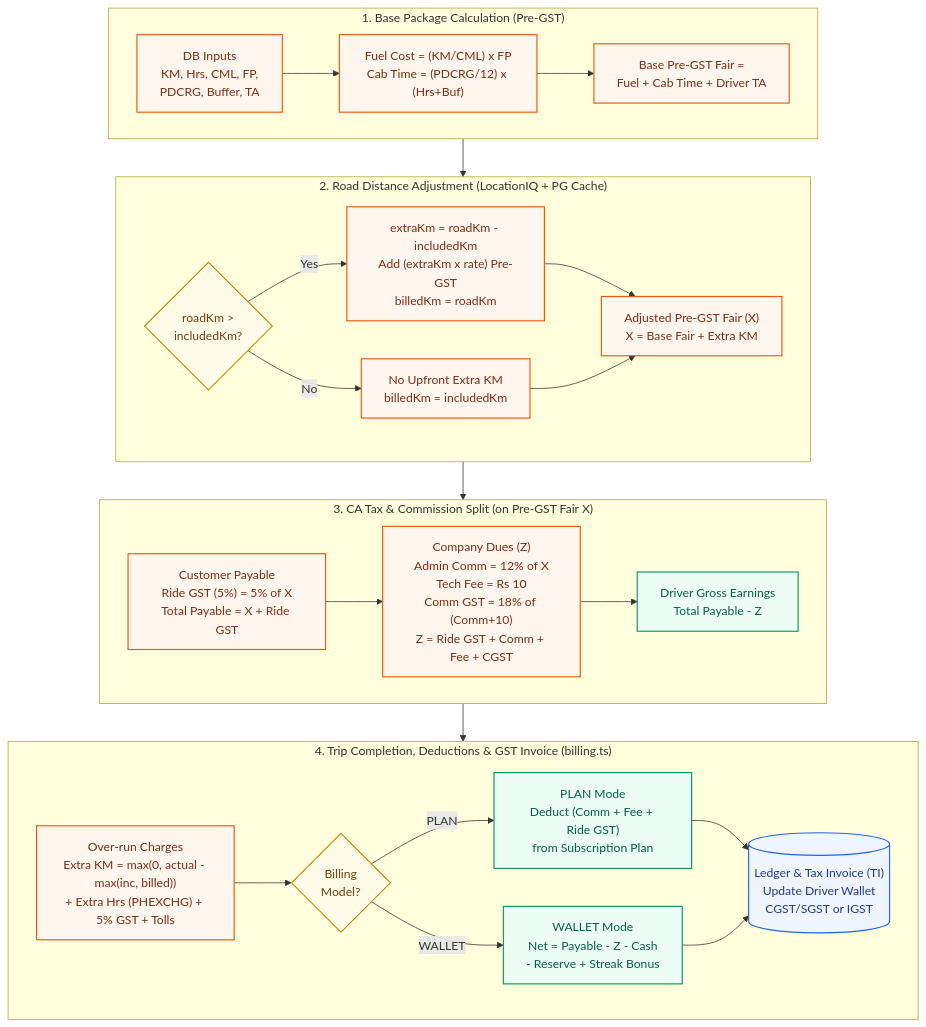
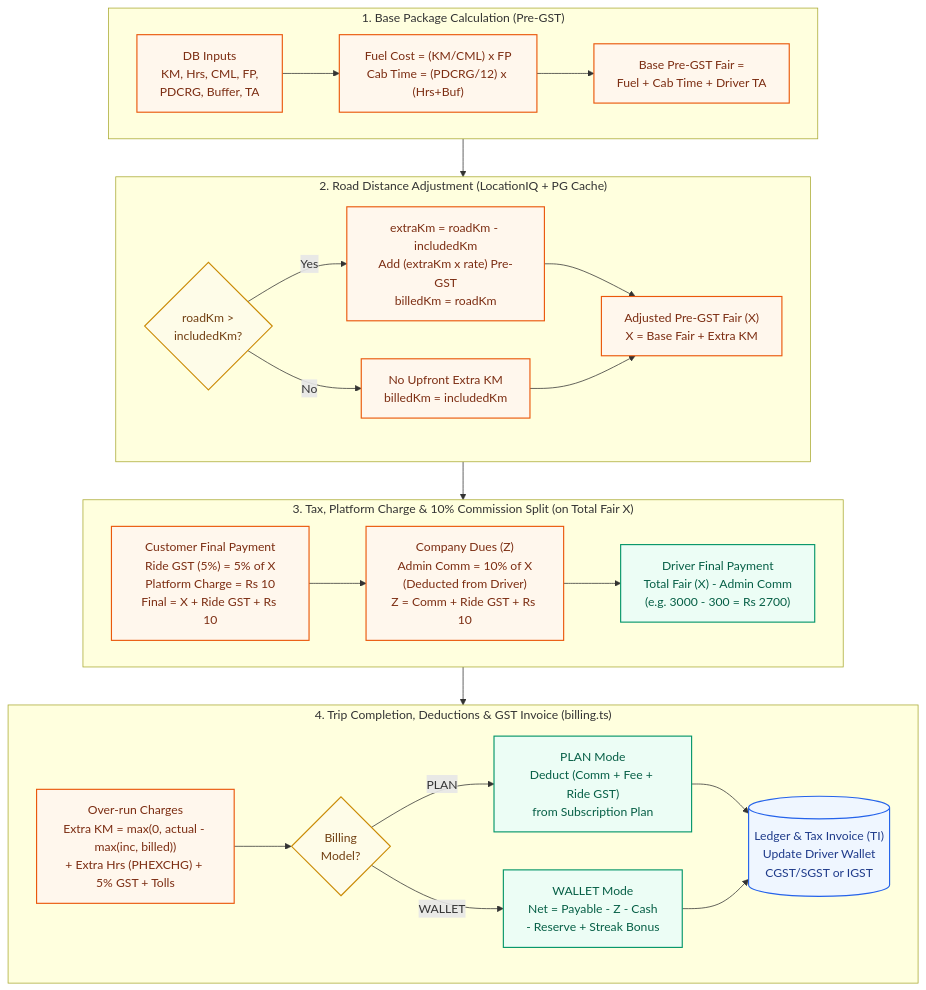
Before and after one commit to githubfolks/biharbcabs_v2: the diagram in crm-design/diagrams/13_booking_calculation_and_deductions.mmd, drawn with Mermaid. The commit also changed 16 other files, not shown here.

Commit message:
Align tax, 10% commission, and Rs 10 platform charge across frontend and backend

```diff
--- a/crm-design/diagrams/13_booking_calculation_and_deductions.mmd
+++ b/crm-design/diagrams/13_booking_calculation_and_deductions.mmd
@@ -1,52 +1,52 @@
 flowchart TB
     subgraph BASE ["1. Base Package Calculation (Pre-GST)"]
         direction LR
         IN["DB Inputs\nKM, Hrs, CML, FP,\nPDCRG, Buffer, TA"]
         F1["Fuel Cost = (KM/CML) x FP\nCab Time = (PDCRG/12) x (Hrs+Buf)"]
         F2["Base Pre-GST Fair =\nFuel + Cab Time + Driver TA"]
         IN --> F1 --> F2
     end
 
     subgraph DIST_STEP ["2. Road Distance Adjustment (LocationIQ + PG Cache)"]
         direction LR
         CHK{"roadKm >\nincludedKm?"}
         ADD["extraKm = roadKm - includedKm\nAdd (extraKm x rate) Pre-GST\nbilledKm = roadKm"]
         KEEP["No Upfront Extra KM\nbilledKm = includedKm"]
         ADJ["Adjusted Pre-GST Fair (X)\nX = Base Fair + Extra KM"]
         CHK -- "Yes" --> ADD --> ADJ
         CHK -- "No" --> KEEP --> ADJ
     end
 
-    subgraph CA_SPLIT ["3. CA Tax & Commission Split (on Pre-GST Fair X)"]
+    subgraph CA_SPLIT ["3. Tax, Platform Charge & 10% Commission Split (on Total Fair X)"]
         direction LR
-        CUST["Customer Payable\nRide GST (5%) = 5% of X\nTotal Payable = X + Ride GST"]
-        COMP["Company Dues (Z)\nAdmin Comm = 12% of X\nTech Fee = Rs 10\nComm GST = 18% of (Comm+10)\nZ = Ride GST + Comm + Fee + CGST"]
-        DRV["Driver Gross Earnings\nTotal Payable - Z"]
+        CUST["Customer Final Payment\nRide GST (5%) = 5% of X\nPlatform Charge = Rs 10\nFinal = X + Ride GST + Rs 10"]
+        COMP["Company Dues (Z)\nAdmin Comm = 10% of X\n(Deducted from Driver)\nZ = Comm + Ride GST + Rs 10"]
+        DRV["Driver Final Payment\nTotal Fair (X) - Admin Comm\n(e.g. 3000 - 300 = Rs 2700)"]
         CUST --> COMP --> DRV
     end
 
     subgraph SETTLE ["4. Trip Completion, Deductions & GST Invoice (billing.ts)"]
         direction LR
         ODO["Over-run Charges\nExtra KM = max(0, actual - max(inc, billed))\n+ Extra Hrs (PHEXCHG) + 5% GST + Tolls"]
         MODE{"Billing\nModel?"}
         PLAN["PLAN Mode\nDeduct (Comm + Fee + Ride GST)\nfrom Subscription Plan"]
         WAL["WALLET Mode\nNet = Payable - Z - Cash\n- Reserve + Streak Bonus"]
         INV[("Ledger & Tax Invoice (TI)\nUpdate Driver Wallet\nCGST/SGST or IGST")]
         ODO --> MODE
         MODE -- "PLAN" --> PLAN --> INV
         MODE -- "WALLET" --> WAL --> INV
     end
 
     BASE --> DIST_STEP
     DIST_STEP --> CA_SPLIT
     CA_SPLIT --> SETTLE
 
     classDef accent fill:#fff7ed,stroke:#ea580c,stroke-width:1.5px,color:#7c2d12
     classDef db fill:#eff6ff,stroke:#2563eb,stroke-width:1.5px,color:#1e3a8a
     classDef decision fill:#fefce8,stroke:#ca8a04,stroke-width:1.5px,color:#713f12
     classDef ok fill:#ecfdf5,stroke:#059669,stroke-width:1.5px,color:#065f46
 
     class IN,F1,F2,ADD,KEEP,ADJ,CUST,COMP,ODO accent
     class INV db
     class CHK,MODE decision
     class DRV,PLAN,WAL ok
```
